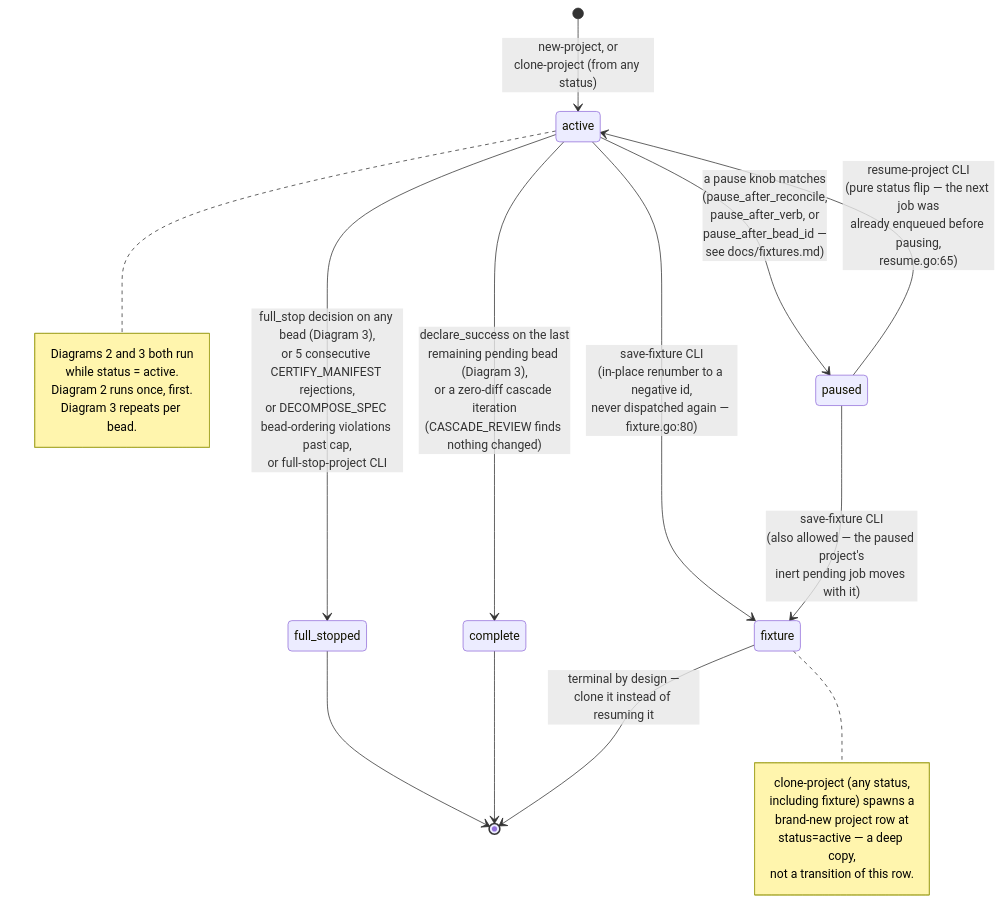
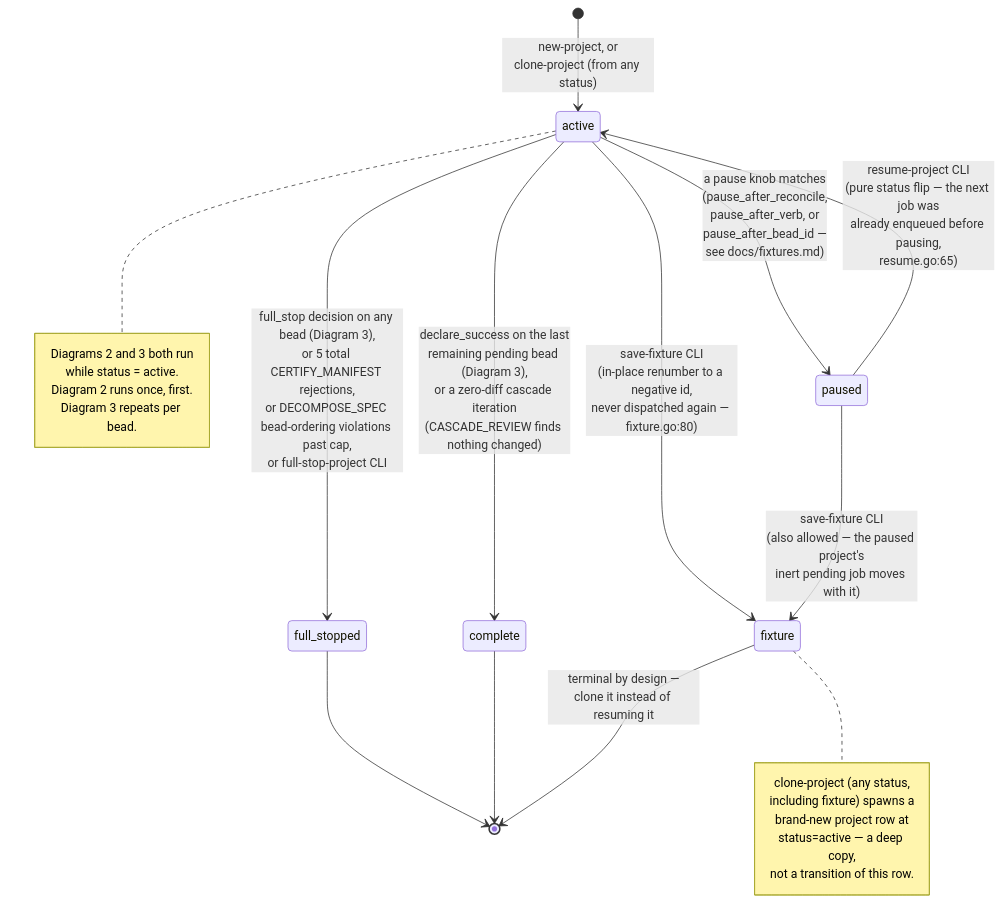
Before and after one commit to lehmann314159/ratchet: the first of 4 diagrams in docs/ratchet_state_machine.md, drawn with Mermaid. The commit also changed other lines of this file and 6 other files, not shown here.

````diff
--- a/docs/ratchet_state_machine.md
+++ b/docs/ratchet_state_machine.md
@@ -34,28 +36,28 @@
 ```mermaid
 stateDiagram-v2
     [*] --> active : new-project, or<br/>clone-project (from any status)
     active --> paused : a pause knob matches<br/>(pause_after_reconcile,<br/>pause_after_verb, or<br/>pause_after_bead_id —<br/>see docs/fixtures.md)
     paused --> active : resume-project CLI<br/>(pure status flip — the next job was<br/>already enqueued before pausing,<br/>resume.go:65)
-    active --> full_stopped : full_stop decision on any bead (Diagram 3),<br/>or 5 consecutive CERTIFY_MANIFEST rejections,<br/>or DECOMPOSE_SPEC bead-ordering violations past cap,<br/>or full-stop-project CLI
+    active --> full_stopped : full_stop decision on any bead (Diagram 3),<br/>or 5 total CERTIFY_MANIFEST rejections,<br/>or DECOMPOSE_SPEC bead-ordering violations past cap,<br/>or full-stop-project CLI
     active --> complete : declare_success on the last<br/>remaining pending bead (Diagram 3),<br/>or a zero-diff cascade iteration<br/>(CASCADE_REVIEW finds nothing changed)
     active --> fixture : save-fixture CLI<br/>(in-place renumber to a negative id,<br/>never dispatched again — fixture.go:80)
     paused --> fixture : save-fixture CLI<br/>(also allowed — the paused project's<br/>inert pending job moves with it)
     full_stopped --> [*]
     complete --> [*]
     fixture --> [*] : terminal by design —<br/>clone it instead of resuming it
 
     note right of active
       Diagrams 2 and 3 both run
       while status = active.
       Diagram 2 runs once, first.
       Diagram 3 repeats per bead.
     end note
 
     note right of fixture
       clone-project (any status,
       including fixture) spawns a
       brand-new project row at
       status=active — a deep copy,
       not a transition of this row.
     end note
 ```
````
